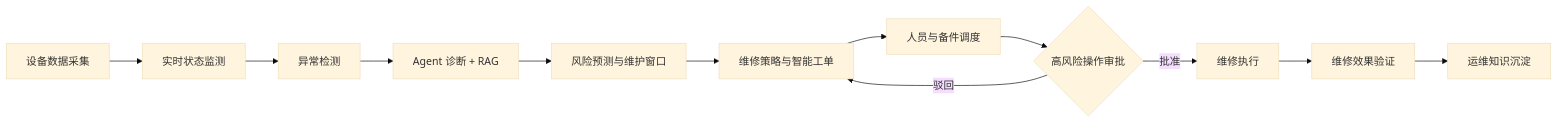
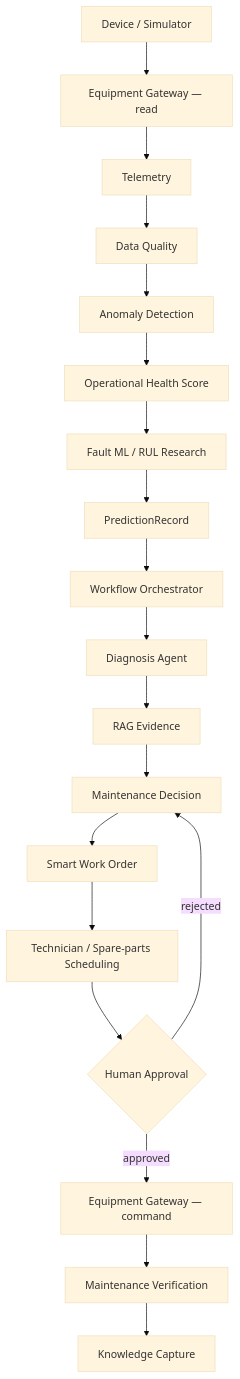
Before and after one commit to ten10do/industrial-maintenance-copilot: the first of 4 diagrams in README.md, drawn with Mermaid (base theme). The commit also changed other lines of this file, not shown here.

````diff
--- a/README.md
+++ b/README.md
@@ -72,14 +37,21 @@
 ```mermaid
-flowchart LR
-    A["设备数据采集"] --> B["实时状态监测"]
-    B --> C["异常检测"]
-    C --> D["Agent 诊断 + RAG"]
-    D --> E["风险预测与维护窗口"]
-    E --> F["维修策略与智能工单"]
-    F --> G["人员与备件调度"]
-    G --> H{"高风险操作审批"}
-    H -->|批准| I["维修执行"]
-    H -->|驳回| F
-    I --> J["维修效果验证"]
-    J --> K["运维知识沉淀"]
+flowchart TB
+    Device["Device / Simulator"] --> ReadGateway["Equipment Gateway — read"]
+    ReadGateway --> Telemetry["Telemetry"]
+    Telemetry --> Quality["Data Quality"]
+    Quality --> Anomaly["Anomaly Detection"]
+    Anomaly --> Health["Operational Health Score"]
+    Health --> Predictive["Fault ML / RUL Research"]
+    Predictive --> Record["PredictionRecord"]
+    Record --> Orchestrator["Workflow Orchestrator"]
+    Orchestrator --> Diagnosis["Diagnosis Agent"]
+    Diagnosis --> RAG["RAG Evidence"]
+    RAG --> Decision["Maintenance Decision"]
+    Decision --> WorkOrder["Smart Work Order"]
+    WorkOrder --> Scheduling["Technician / Spare-parts Scheduling"]
+    Scheduling --> Approval{"Human Approval"}
+    Approval -->|approved| CommandGateway["Equipment Gateway — command"]
+    Approval -->|rejected| Decision
+    CommandGateway --> Verification["Maintenance Verification"]
+    Verification --> Knowledge["Knowledge Capture"]
 ```
````
